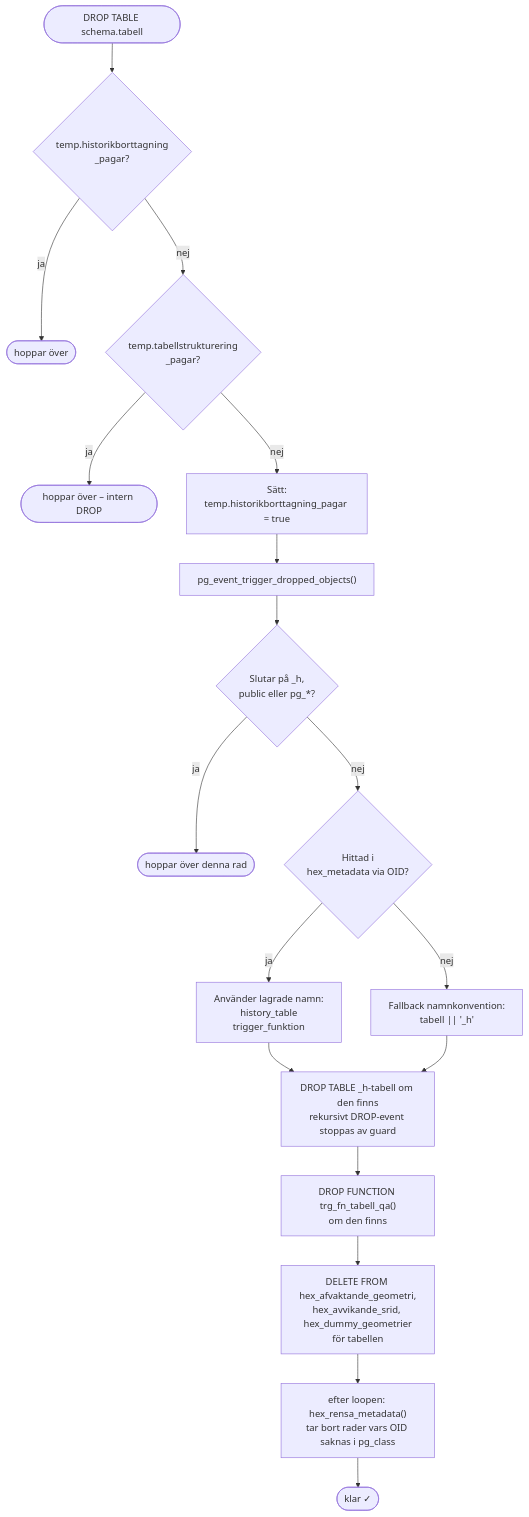
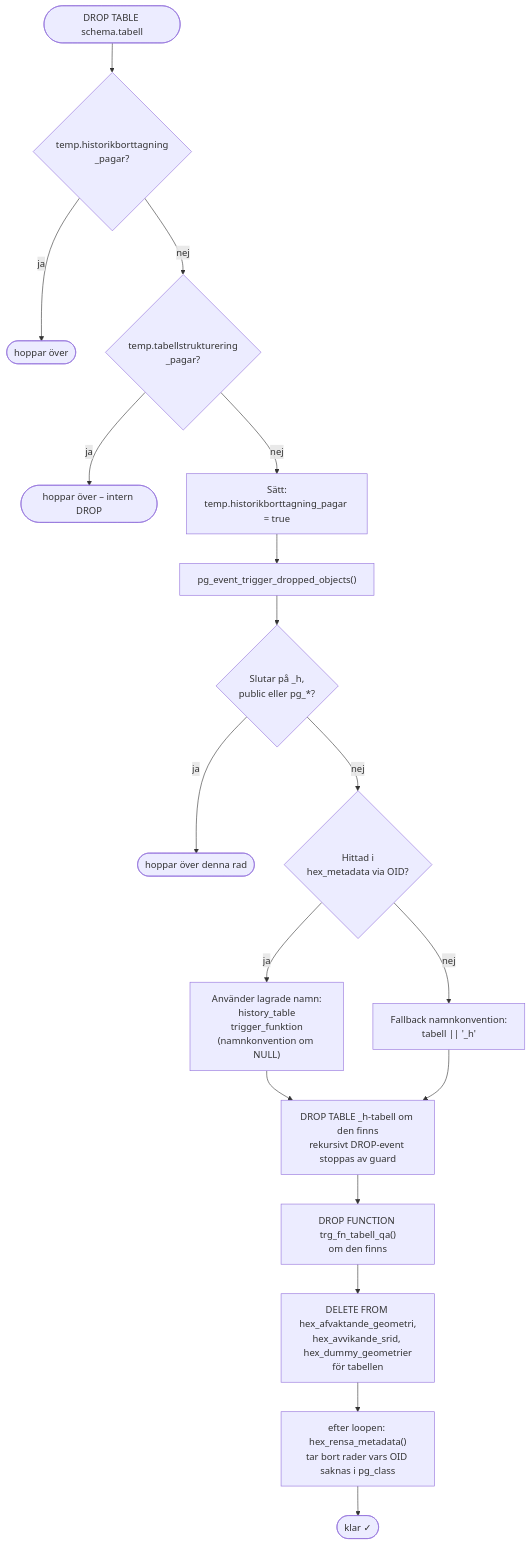
One commit to Geodata-Kungsbacka/Hex changed the seventh of 9 diagrams in LOGIC_MAP.md. Above: the diagram before and after it, drawn with Mermaid. The commit also changed other lines of this file and 17 other files, not shown here.

````diff
--- a/LOGIC_MAP.md
+++ b/LOGIC_MAP.md
@@ -854,20 +868,20 @@
 ```mermaid
 flowchart TD
     START(["DROP TABLE schema.tabell"])
     START --> G1{"temp.historikborttagning<br/>_pagar?"}
     G1 --> |ja| STOP(["hoppar över"])
     G1 --> |nej| G2{"temp.tabellstrukturering<br/>_pagar?"}
     G2 --> |ja| STOP2(["hoppar över – intern DROP"])
     G2 --> |nej| SET["Sätt:<br/>temp.historikborttagning_pagar = true"]
     SET --> LOOP["pg_event_trigger_dropped_objects()"]
     LOOP --> SKIP{"Slutar på _h,<br/>public eller pg_*?"}
     SKIP --> |ja| CONT(["hoppar över denna rad"])
     SKIP --> |nej| META{"Hittad i<br/>hex_metadata via OID?"}
-    META --> |ja| FOUND["Använder lagrade namn:<br/>history_table<br/>trigger_funktion"]
+    META --> |ja| FOUND["Använder lagrade namn:<br/>history_table<br/>trigger_funktion<br/>(namnkonvention om NULL)"]
     META --> |nej| FALL["Fallback namnkonvention:<br/>tabell || '_h'"]
     FOUND & FALL --> DT["DROP TABLE _h-tabell om den finns<br/>rekursivt DROP-event stoppas av guard"]
     DT --> DF["DROP FUNCTION trg_fn_tabell_qa()<br/>om den finns"]
     DF --> DELAFV["DELETE FROM hex_afvaktande_geometri,<br/>hex_avvikande_srid, hex_dummy_geometrier<br/>för tabellen"]
     DELAFV --> DEL["efter loopen: hex_rensa_metadata()<br/>tar bort rader vars OID saknas i pg_class"]
     DEL --> DONE(["klar ✓"])
 ```
````
